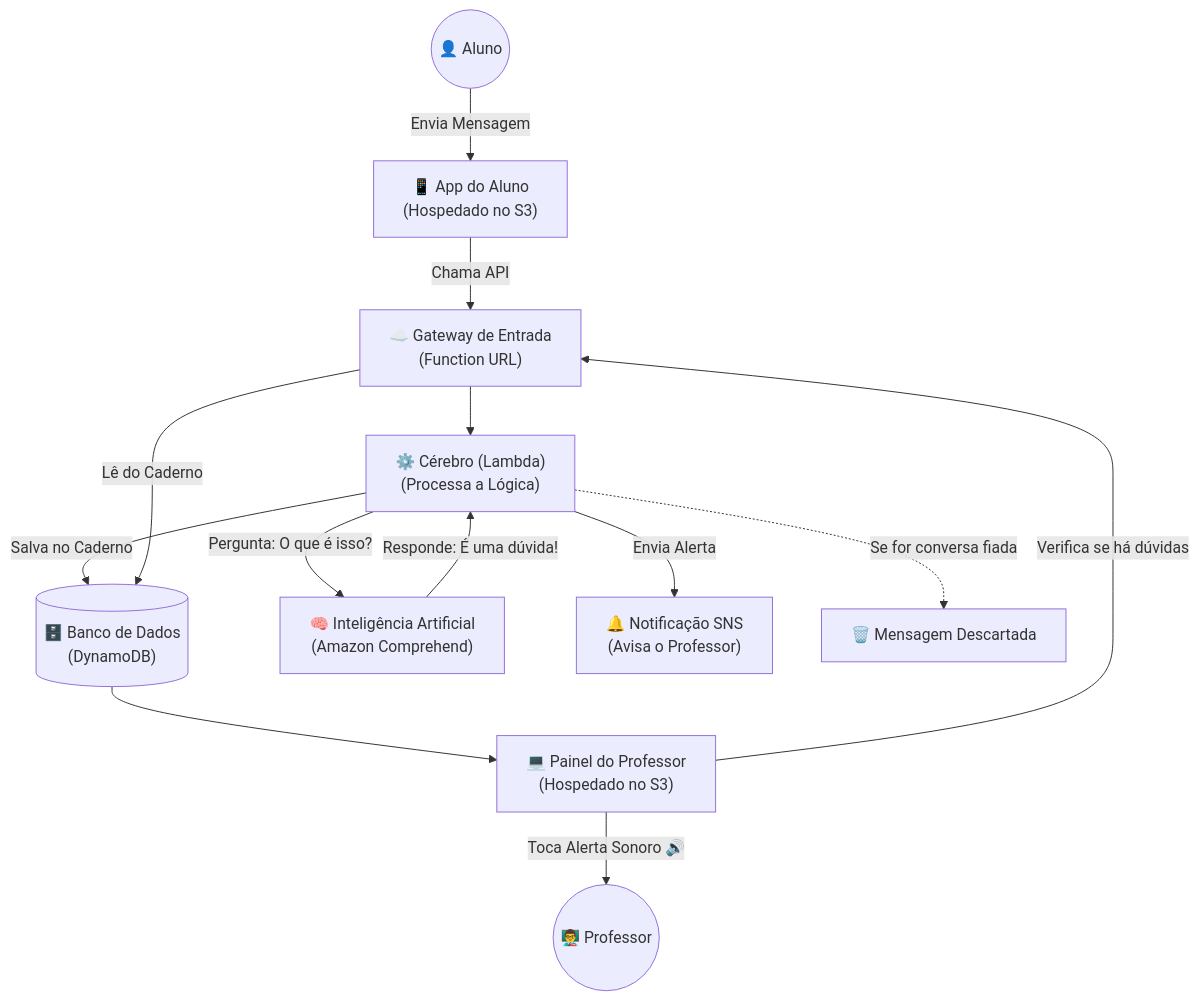
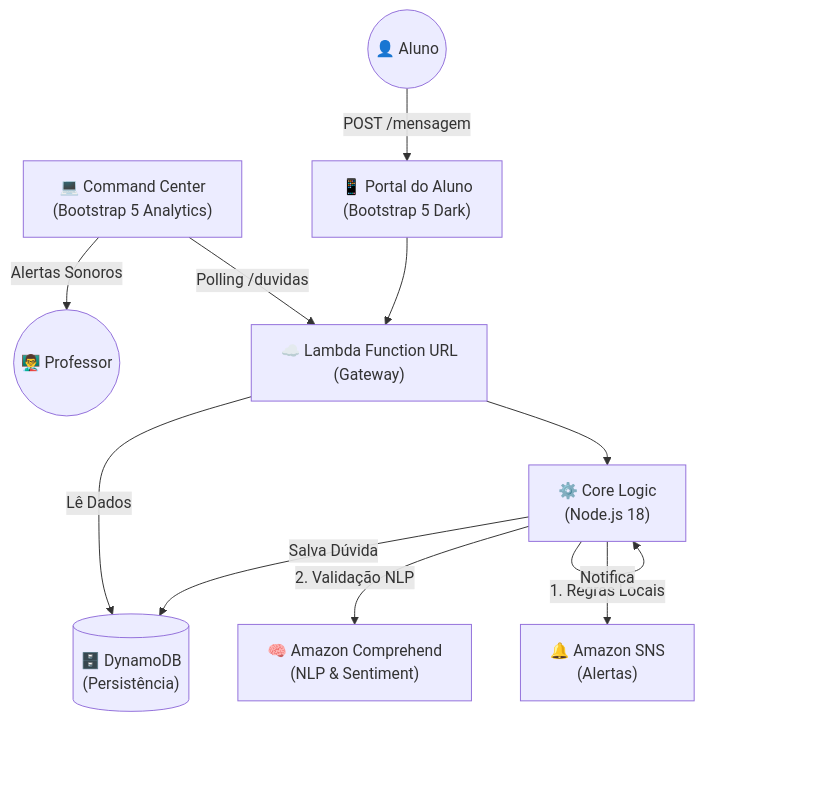
Before and after one commit to DessimA/smartclass-qa: the diagram in README.md, drawn with Mermaid. The commit also changed other lines of this file and 13 other files, not shown here.

````diff
--- a/README.md
+++ b/README.md
@@ -23,39 +29,33 @@
 ```mermaid
 graph TD
     %% Atores
     Aluno((👤 Aluno))
     Professor((👨‍🏫 Professor))
 
     %% Frontend
-    WebApp_Aluno["📱 App do Aluno<br/>(Hospedado no S3)"]
-    WebApp_Prof["💻 Painel do Professor<br/>(Hospedado no S3)"]
+    WebApp_Aluno["📱 Portal do Aluno<br/>(Bootstrap 5 Dark)"]
+    WebApp_Prof["💻 Command Center<br/>(Bootstrap 5 Analytics)"]
 
     %% Backend
-    API["☁️ Gateway de Entrada<br/>(Function URL)"]
-    Lambda["⚙️ Cérebro (Lambda)<br/>(Processa a Lógica)"]
+    API["☁️ Lambda Function URL<br/>(Gateway)"]
+    Logic["⚙️ Core Logic<br/>(Node.js 18)"]
     
     %% Dados e IA
-    DB[("🗄️ Banco de Dados<br/>(DynamoDB)")]
-    IA["🧠 Inteligência Artificial<br/>(Amazon Comprehend)"]
-    SNS["🔔 Notificação SNS<br/>(Avisa o Professor)"]
+    DB[("🗄️ DynamoDB<br/>(Persistência)")]
+    IA["🧠 Amazon Comprehend<br/>(NLP & Sentiment)"]
+    SNS["🔔 Amazon SNS<br/>(Alertas)"]
 
-    %% Fluxo de Envio
-    Aluno -->|Envia Mensagem| WebApp_Aluno
-    WebApp_Aluno -->|Chama API| API
-    API --> Lambda
-
-    %% Processamento
-    Lambda -->|Pergunta: O que é isso?| IA
-    IA -->|Responde: É uma dúvida!| Lambda
+    %% Fluxo
+    Aluno -->|POST /mensagem| WebApp_Aluno
+    WebApp_Aluno --> API --> Logic
     
-    %% Decisão
-    Lambda -->|Salva no Caderno| DB
-    Lambda -->|Envia Alerta| SNS
-    Lambda -.->|Se for conversa fiada| Descarte[🗑️ Mensagem Descartada]
-
-    %% Fluxo de Leitura
-    WebApp_Prof -->|Verifica se há dúvidas| API
-    API -->|Lê do Caderno| DB
-    DB --> WebApp_Prof
-    WebApp_Prof -->|Toca Alerta Sonoro 🔊| Professor
+    Logic -->|1. Regras Locais| Logic
+    Logic -->|2. Validação NLP| IA
+    
+    Logic -->|Salva Dúvida| DB
+    Logic -->|Notifica| SNS
+    
+    WebApp_Prof -->|Polling /duvidas| API
+    API -->|Lê Dados| DB
+    WebApp_Prof -->|Alertas Sonoros| Professor
 ```
````
